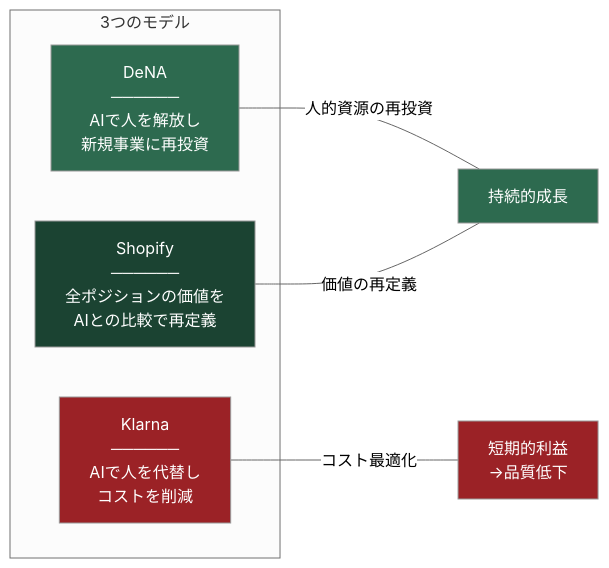
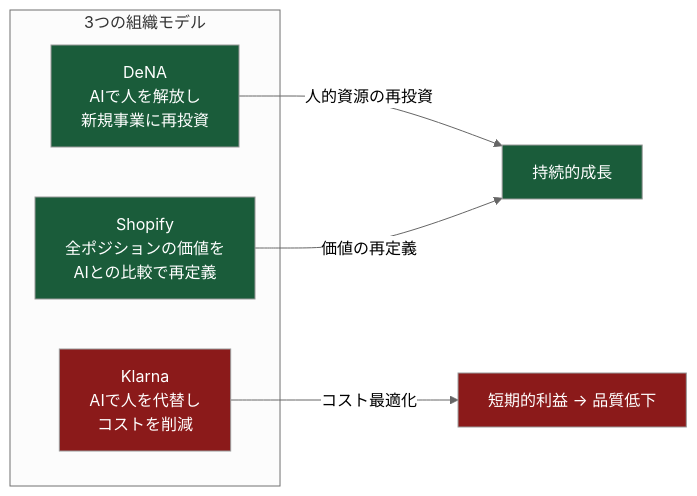
One commit to Leading-AI-IO/the-ai-organization changed the third of 14 diagrams in docs/jp/the-ai-organization_JP.md. Above: the diagram before and after it, drawn with Mermaid (neutral theme). The commit also changed other lines of this file, not shown here.

````diff
--- a/docs/jp/the-ai-organization_JP.md
+++ b/docs/jp/the-ai-organization_JP.md
@@ -246,18 +238,18 @@
 ```mermaid
 graph LR
-    subgraph "3つのモデル"
-        A["DeNA<br/>──────<br/>AIで人を解放し<br/>新規事業に再投資"] 
-        B["Shopify<br/>──────<br/>全ポジションの価値を<br/>AIとの比較で再定義"]
-        C["Klarna<br/>──────<br/>AIで人を代替し<br/>コストを削減"]
+    subgraph "3つの組織モデル"
+        A["DeNA<br/>AIで人を解放し<br/>新規事業に再投資"]
+        B["Shopify<br/>全ポジションの価値を<br/>AIとの比較で再定義"]
+        C["Klarna<br/>AIで人を代替し<br/>コストを削減"]
     end
 
-    A ---|"人的資源の再投資"| D[持続的成長]
-    B ---|"価値の再定義"| D
-    C ---|"コスト最適化"| E[短期的利益<br/>→品質低下]
+    A -->|"人的資源の再投資"| D["持続的成長"]
+    B -->|"価値の再定義"| D
+    C -->|"コスト最適化"| E["短期的利益 → 品質低下"]
 
-    style A fill:#2d6a4f,color:#fff
-    style B fill:#1b4332,color:#fff
-    style C fill:#9b2226,color:#fff
-    style D fill:#2d6a4f,color:#fff
-    style E fill:#9b2226,color:#fff
+    style A fill:#1a5c3a,color:#fff
+    style B fill:#1a5c3a,color:#fff
+    style C fill:#8b1a1a,color:#fff
+    style D fill:#1a5c3a,color:#fff
+    style E fill:#8b1a1a,color:#fff
 ```
````
